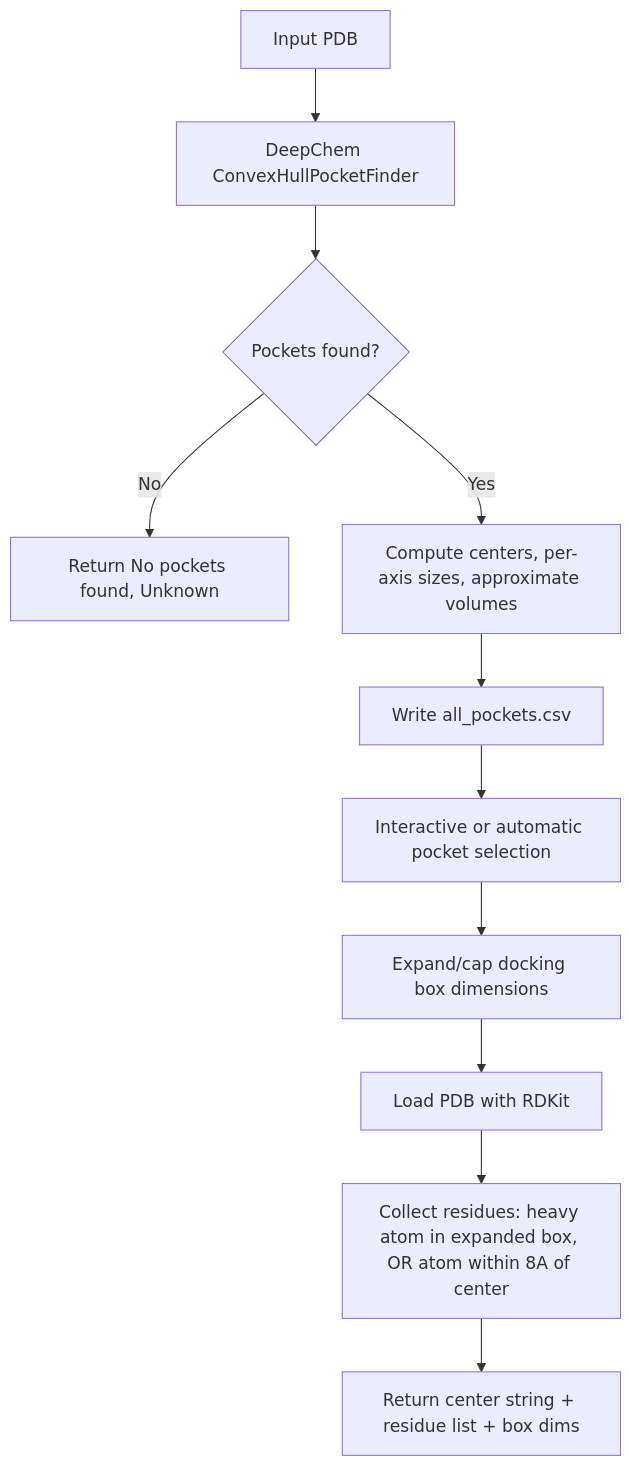
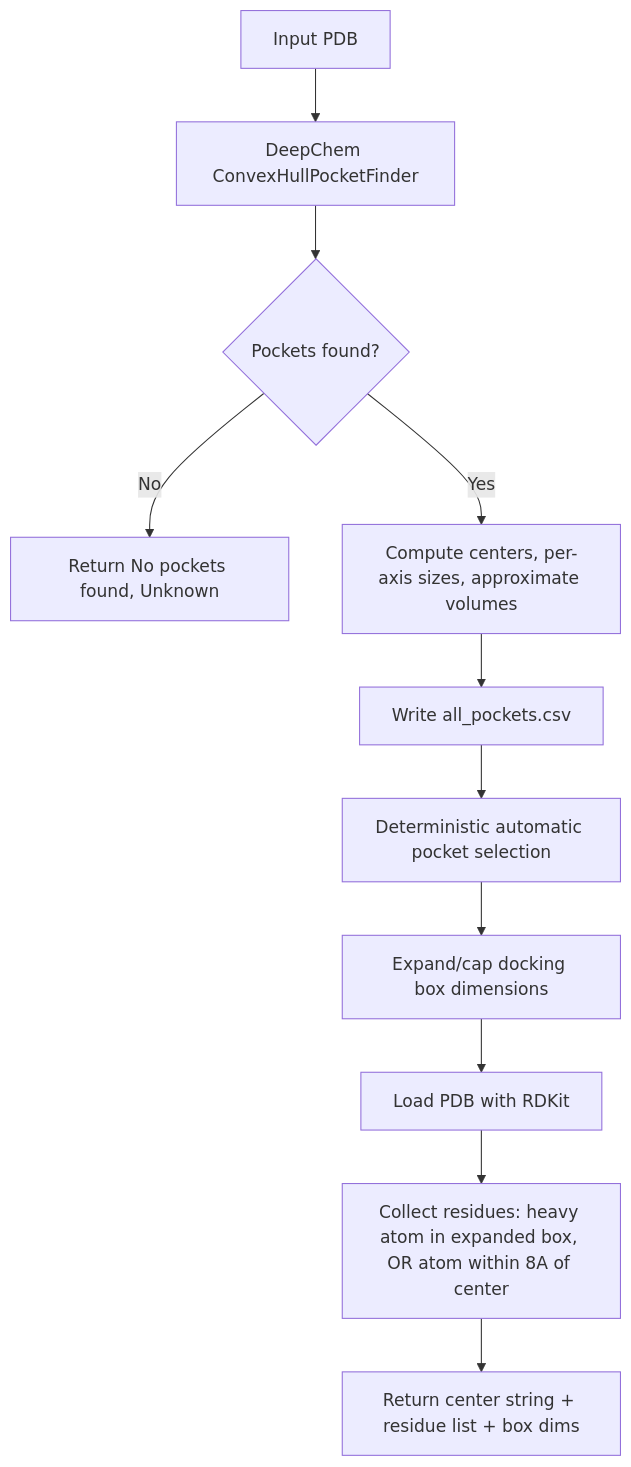
Before and after one commit to tacclab/LLMsFold: the diagram in doc/components/pocket.md, drawn with Mermaid. The commit also changed other lines of this file and 18 other files, not shown here.

````diff
--- a/doc/components/pocket.md
+++ b/doc/components/pocket.md
@@ -11,13 +11,13 @@
 ```mermaid
 flowchart TD
     A[Input PDB] --> B[DeepChem ConvexHullPocketFinder]
     B --> C{Pockets found?}
     C -->|No| D[Return No pockets found, Unknown]
     C -->|Yes| E[Compute centers, per-axis sizes, approximate volumes]
     E --> F[Write all_pockets.csv]
-    F --> G[Interactive or automatic pocket selection]
+    F --> G[Deterministic automatic pocket selection]
     G --> H[Expand/cap docking box dimensions]
     H --> I[Load PDB with RDKit]
     I --> J[Collect residues: heavy atom in expanded box, OR atom within 8A of center]
     J --> K[Return center string + residue list + box dims]
 ```
````
